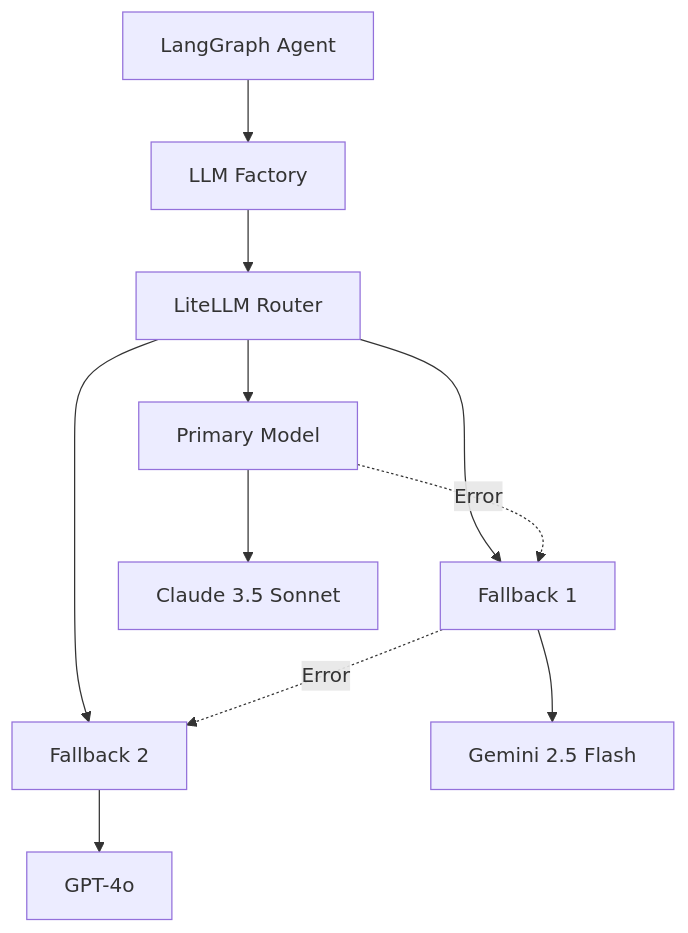
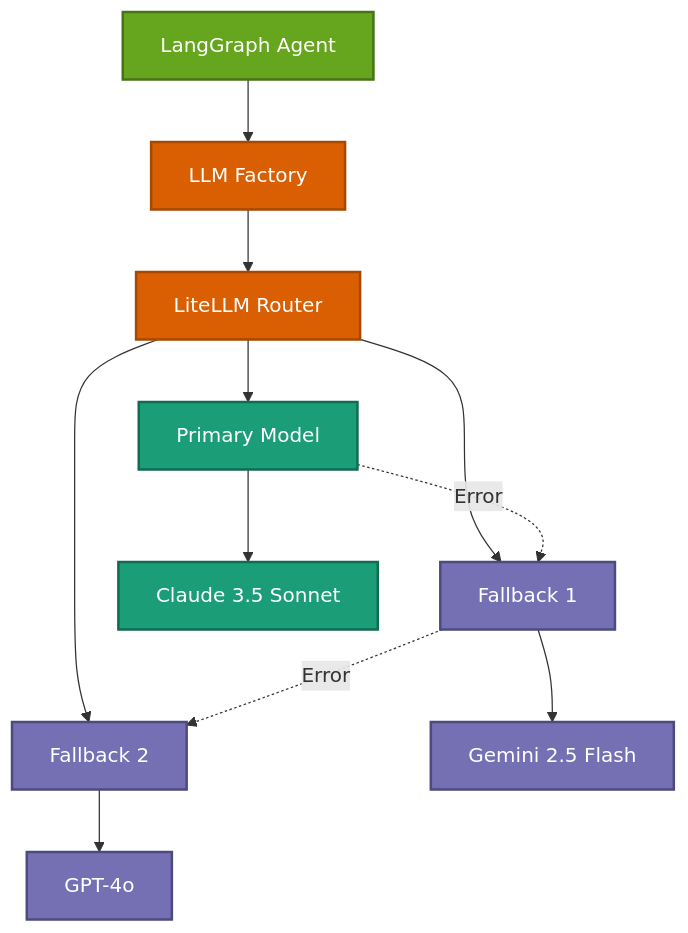
One commit to vishnu2kmohan/mcp-server-langgraph changed the fifth of 10 diagrams in docs/getting-started/architecture.mdx. Above: the diagram before and after it, drawn with Mermaid. The commit also changed other lines of this file and 9 other files, not shown here.

First line of the commit message:
style: apply ColorBrewer2 Dark2 palette to all remaining diagrams

````diff
--- a/docs/getting-started/architecture.mdx
+++ b/docs/getting-started/architecture.mdx
@@ -373,16 +406,28 @@
 ```mermaid
 graph TB
     Agent[LangGraph Agent] --> LLMFactory[LLM Factory]
     LLMFactory --> LiteLLM[LiteLLM Router]
 
     LiteLLM --> Primary[Primary Model]
     LiteLLM --> Fallback1[Fallback 1]
     LiteLLM --> Fallback2[Fallback 2]
 
     Primary -.->|Error| Fallback1
     Fallback1 -.->|Error| Fallback2
 
     Primary --> Claude[Claude 3.5 Sonnet]
     Fallback1 --> Gemini[Gemini 2.5 Flash]
     Fallback2 --> GPT[GPT-4o]
+
+    %% ColorBrewer2 Dark2 palette styling
+    classDef agentStyle fill:#66a61e,stroke:#477315,stroke-width:2px,color:#fff
+    classDef routerStyle fill:#d95f02,stroke:#a64801,stroke-width:2px,color:#fff
+    classDef primaryStyle fill:#1b9e77,stroke:#116b52,stroke-width:2px,color:#fff
+    classDef fallbackStyle fill:#7570b3,stroke:#4e4a7f,stroke-width:2px,color:#fff
+    classDef llmStyle fill:#e7298a,stroke:#b31e6d,stroke-width:2px,color:#fff
+
+    class Agent agentStyle
+    class LLMFactory,LiteLLM routerStyle
+    class Primary,Claude primaryStyle
+    class Fallback1,Gemini,Fallback2,GPT fallbackStyle
 ```
````
